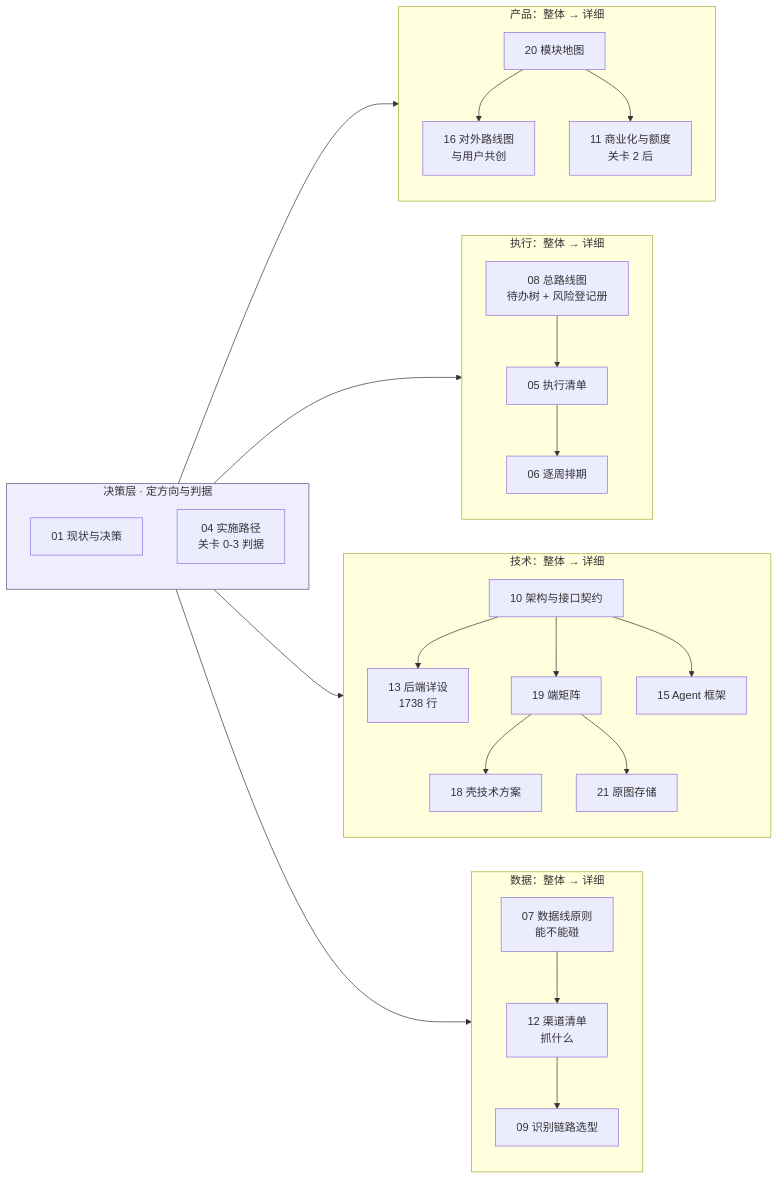
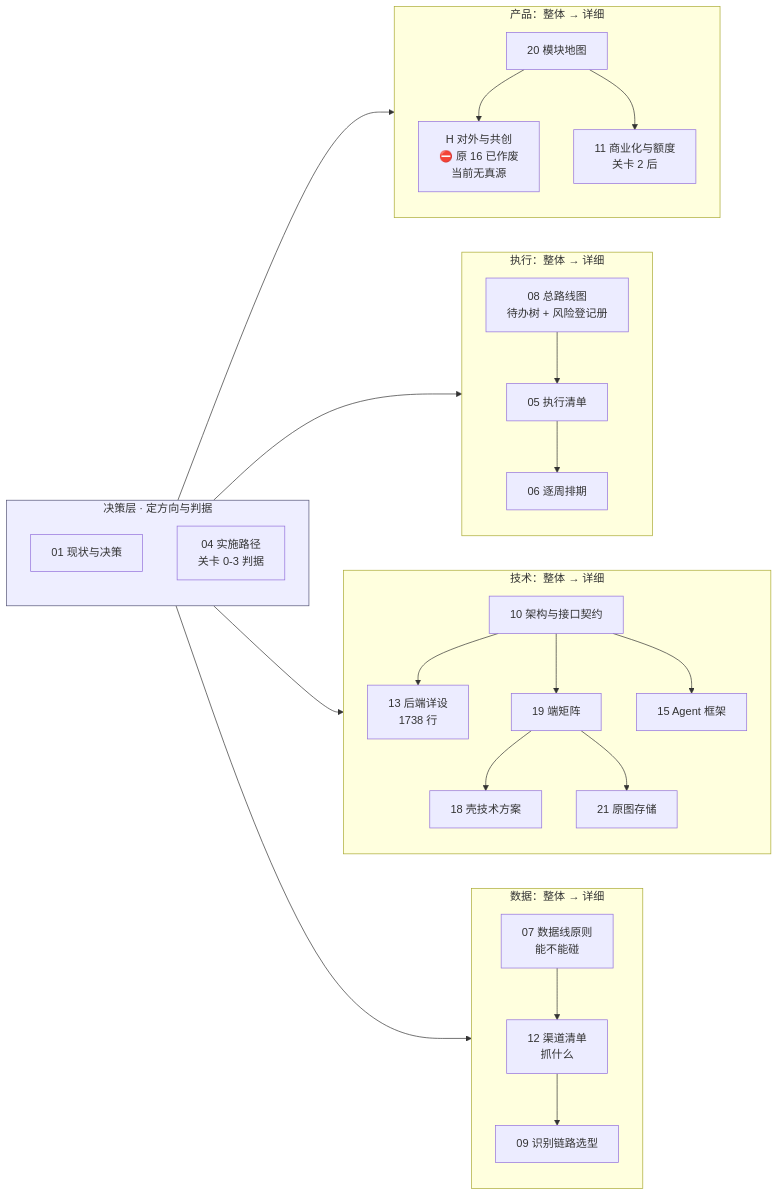
Before and after one commit to chenyuanjin/kubic: the diagram in docs/INDEX.md, drawn with Mermaid. The commit also changed other lines of this file and 20 other files, not shown here.

````diff
--- a/docs/INDEX.md
+++ b/docs/INDEX.md
@@ -97,37 +109,37 @@
 ```mermaid
 flowchart LR
     subgraph 决策["决策层 · 定方向与判据"]
         A1["01 现状与决策"]
         A2["04 实施路径<br/>关卡 0-3 判据"]
     end
 
     subgraph 产品["产品：整体 → 详细"]
-        B1["20 模块地图"] --> B2["16 对外路线图<br/>与用户共创"]
+        B1["20 模块地图"] --> B2["H 对外与共创<br/>⛔ 原 16 已作废<br/>当前无真源"]
         B1 --> B3["11 商业化与额度<br/>关卡 2 后"]
     end
 
     subgraph 执行["执行：整体 → 详细"]
         C1["08 总路线图<br/>待办树 + 风险登记册"] --> C2["05 执行清单"]
         C2 --> C3["06 逐周排期"]
     end
 
     subgraph 技术["技术：整体 → 详细"]
         D1["10 架构与接口契约"] --> D2["13 后端详设<br/>1738 行"]
         D1 --> D3["19 端矩阵"]
         D3 --> D4["18 壳技术方案"]
         D3 --> D5["21 原图存储"]
         D1 --> D6["15 Agent 框架"]
     end
 
     subgraph 数据["数据：整体 → 详细"]
         E1["07 数据线原则<br/>能不能碰"] --> E2["12 渠道清单<br/>抓什么"]
         E2 --> E3["09 识别链路选型"]
     end
 
     决策 --> 产品
     决策 --> 执行
     决策 --> 技术
     决策 --> 数据
 
     style 决策 fill:#eef,stroke:#557
 ```
````
